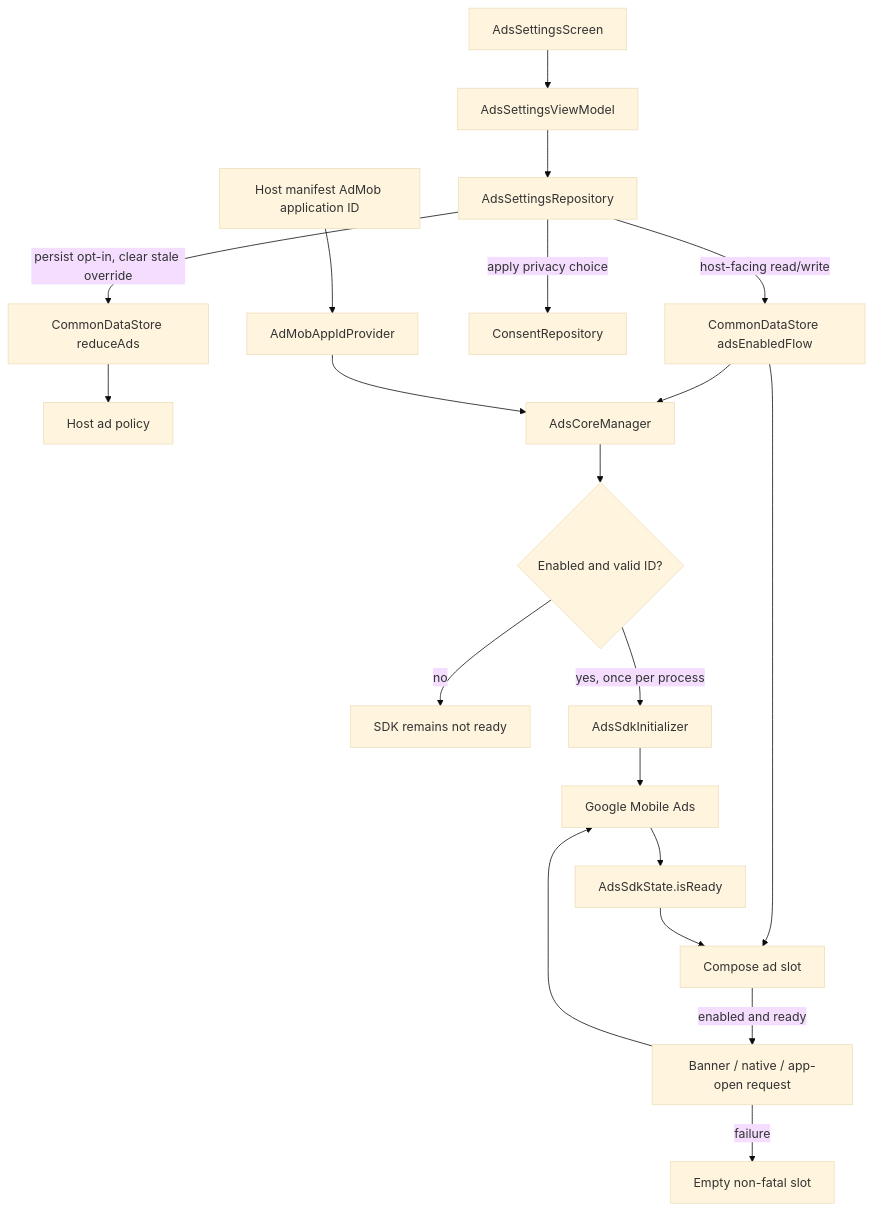
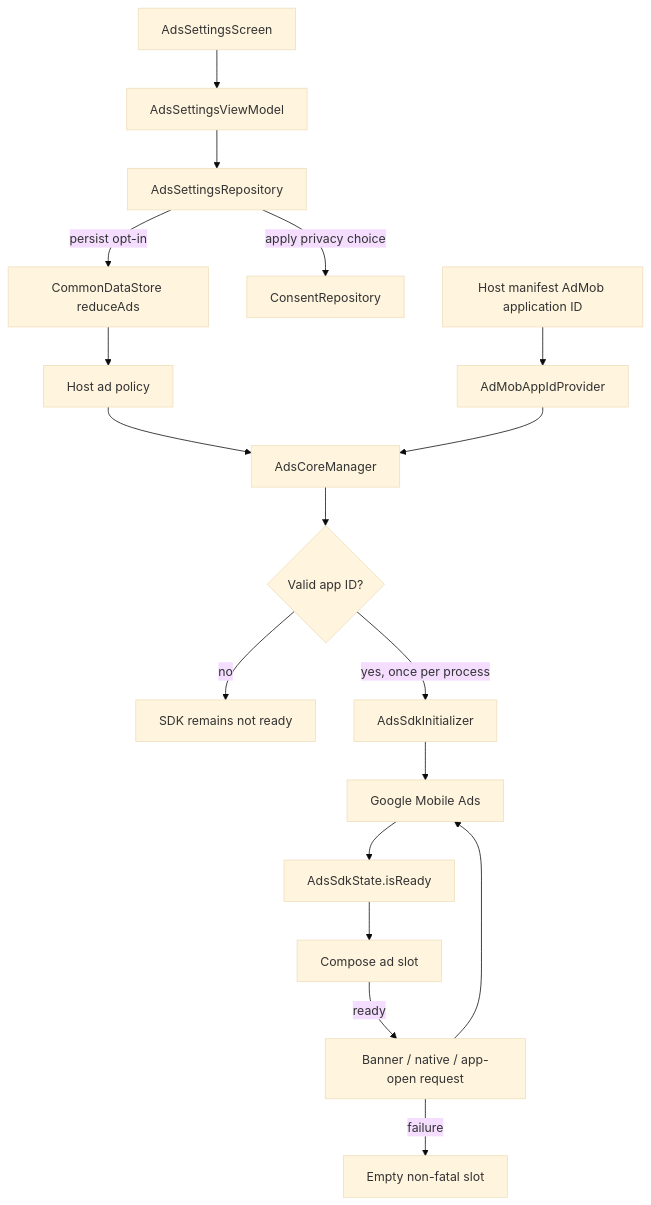
One commit to MihaiCristianCondrea/App-Toolkit-for-Android changed the diagram in library/integration/ads/README.md. Above: the diagram before and after it, drawn with Mermaid (base theme). The commit also changed other lines of this file and 38 other files, not shown here.

First line of the commit message:
Remove the ads-enabled preference; native ads always render

````diff
--- a/library/integration/ads/README.md
+++ b/library/integration/ads/README.md
@@ -37,22 +37,20 @@
 ```mermaid
 flowchart TD
     Settings[AdsSettingsScreen] --> VM[AdsSettingsViewModel]
     VM --> Repo[AdsSettingsRepository]
-    Repo -->|persist opt-in, clear stale override| Reduce[CommonDataStore reduceAds]
-    Repo -->|host-facing read/write| Store[CommonDataStore adsEnabledFlow]
+    Repo -->|persist opt-in| Reduce[CommonDataStore reduceAds]
     Repo -->|apply privacy choice| Consent[ConsentRepository]
     Reduce --> Policy[Host ad policy]
-    Store --> Manager[AdsCoreManager]
+    Policy --> Manager[AdsCoreManager]
     Manifest[Host manifest AdMob application ID] --> Id[AdMobAppIdProvider]
     Id --> Manager
-    Manager --> Gate{Enabled and valid ID?}
+    Manager --> Gate{Valid app ID?}
     Gate -->|no| Disabled[SDK remains not ready]
     Gate -->|yes, once per process| Initializer[AdsSdkInitializer]
     Initializer --> SDK[Google Mobile Ads]
     SDK --> Ready[AdsSdkState.isReady]
-    Store --> Slot[Compose ad slot]
-    Ready --> Slot
-    Slot -->|enabled and ready| Request[Banner / native / app-open request]
+    Ready --> Slot[Compose ad slot]
+    Slot -->|ready| Request[Banner / native / app-open request]
     Request --> SDK
     Request -->|failure| Empty[Empty non-fatal slot]
 ```
````
